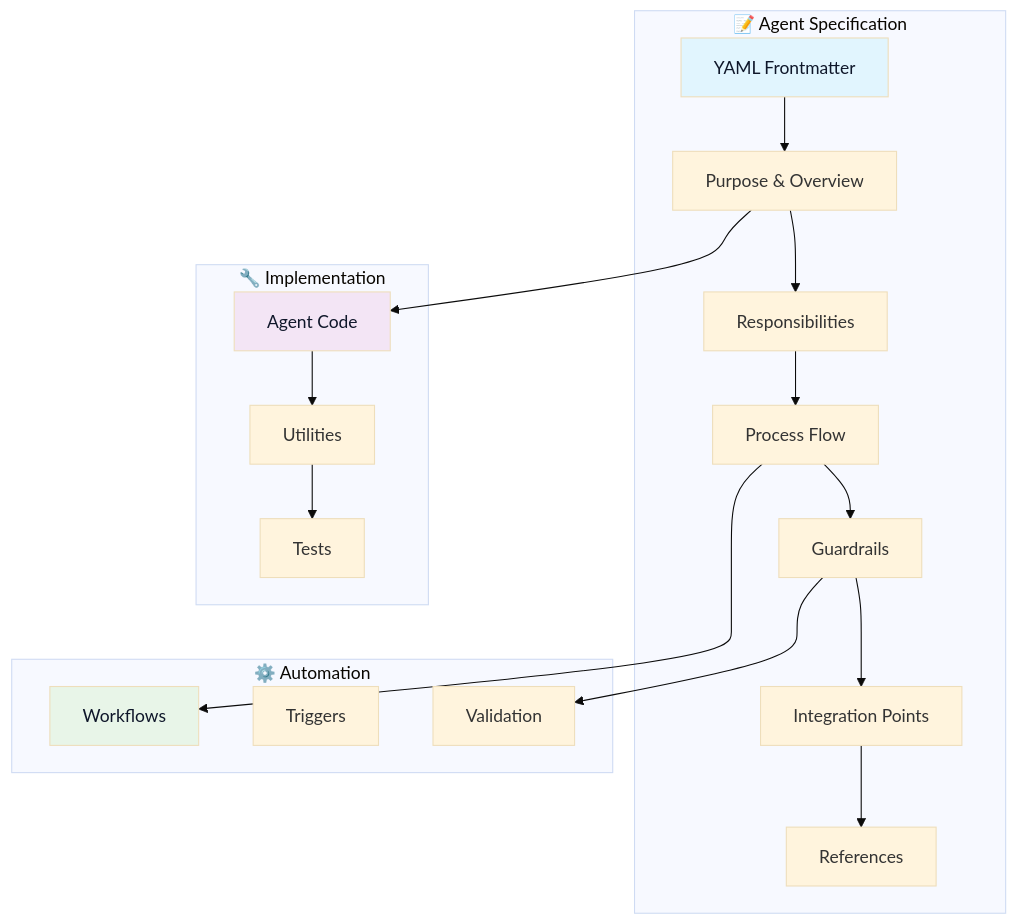
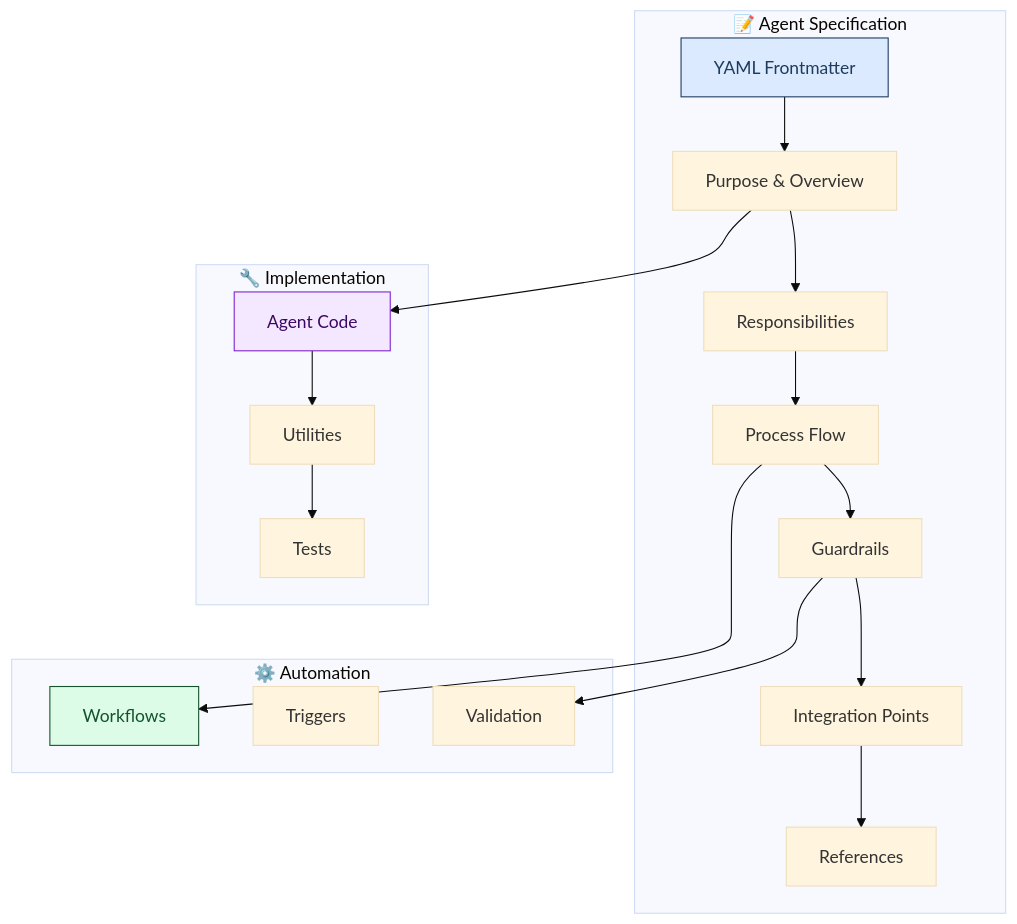
One commit to lightspeedwp/.github changed the first of 8 diagrams in docs/AGENT_CREATION.md. Above: the diagram before and after it, drawn with Mermaid (base theme). The commit also changed other lines of this file and 181 other files, not shown here.

Commit message:
docs: maintenance updates (Mermaid + staleness)

````diff
--- a/docs/AGENT_CREATION.md
+++ b/docs/AGENT_CREATION.md
@@ -120,43 +120,43 @@
 ```mermaid
 graph TB
   accTitle: Agent Specification Architecture
   accDescr: Flowchart diagram showing agent specification architecture
     subgraph "📝 Agent Specification"
         A[YAML Frontmatter]
         B[Purpose & Overview]
         C[Responsibilities]
         D[Process Flow]
         E[Guardrails]
         F[Integration Points]
         G[References]
     end
 
     subgraph "🔧 Implementation"
         H[Agent Code]
         I[Utilities]
         J[Tests]
     end
 
     subgraph "⚙️ Automation"
         K[Workflows]
         L[Triggers]
         M[Validation]
     end
 
     A --> B
     B --> C
     C --> D
     D --> E
     E --> F
     F --> G
 
     B --> H
     D --> K
     E --> M
     H --> I
     I --> J
 
-    style A fill:#e1f5fe,color:#0f172a
-    style H fill:#f3e5f5,color:#0f172a
-    style K fill:#e8f5e8,color:#0f172a
+    style A fill:#dbeafe,color:#1e3a5f,stroke:#1e3a5f
+    style H fill:#f3e8ff,color:#3b0764,stroke:#7e22ce
+    style K fill:#dcfce7,color:#14532d,stroke:#14532d
 ```
````
